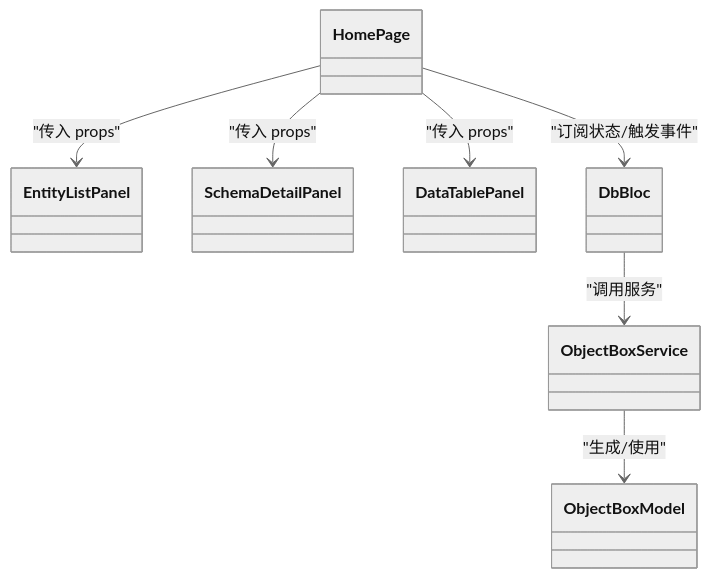
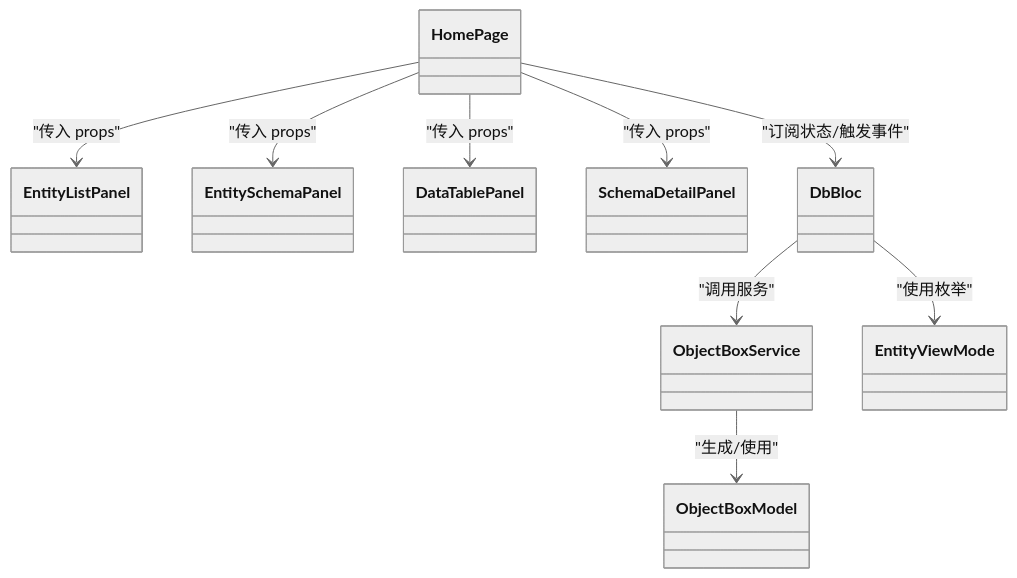
One commit to kongpf8848/objectbox_viewer changed the fourth of 4 diagrams in .qoder/repowiki/zh/content/UI 组件/主页面布局.md. Above: the diagram before and after it, drawn with Mermaid (neutral theme). The commit also changed other lines of this file and 9 other files, not shown here.

````diff
--- a/.qoder/repowiki/zh/content/UI 组件/主页面布局.md
+++ b/.qoder/repowiki/zh/content/UI 组件/主页面布局.md
@@ -245,16 +300,20 @@
 ```mermaid
 classDiagram
 class HomePage
 class EntityListPanel
+class EntitySchemaPanel
+class DataTablePanel
 class SchemaDetailPanel
-class DataTablePanel
 class DbBloc
 class ObjectBoxService
 class ObjectBoxModel
+class EntityViewMode
 HomePage --> DbBloc : "订阅状态/触发事件"
 HomePage --> EntityListPanel : "传入 props"
+HomePage --> EntitySchemaPanel : "传入 props"
+HomePage --> DataTablePanel : "传入 props"
 HomePage --> SchemaDetailPanel : "传入 props"
-HomePage --> DataTablePanel : "传入 props"
 DbBloc --> ObjectBoxService : "调用服务"
 ObjectBoxService --> ObjectBoxModel : "生成/使用"
+DbBloc --> EntityViewMode : "使用枚举"
 ```
````
